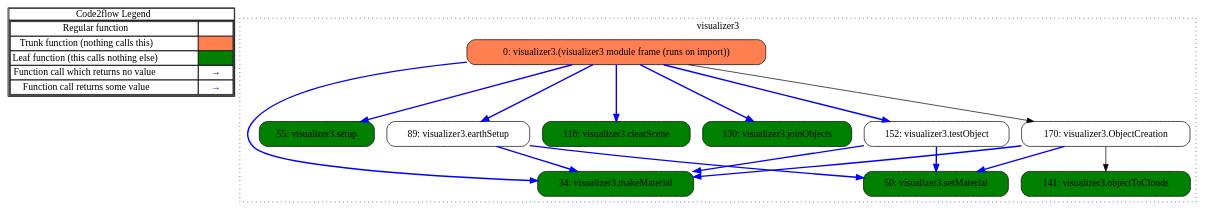
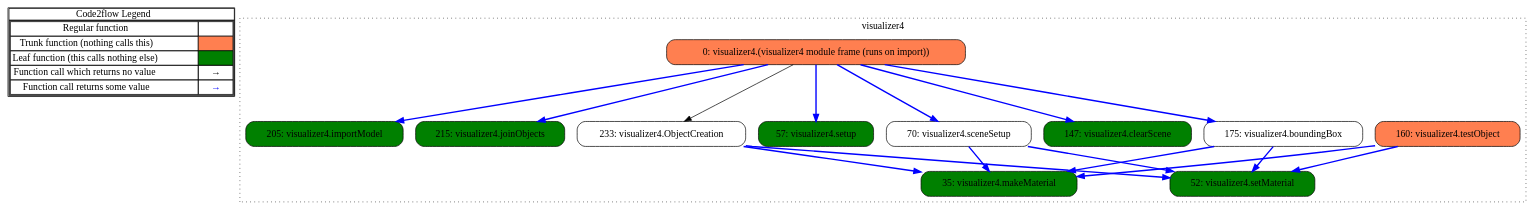
Before and after one commit to JohnPhamous/JPL2016: the diagram in out.gv, drawn with Graphviz. The commit also changed 2 other files, not shown here.

```diff
--- a/out.gv
+++ b/out.gv
@@ -1,46 +1,48 @@
 digraph G {
 concentrate = true;
 			subgraph legend{
 			rank = min;
 			label = "legend";
 			Legend [shape=none, margin=0, label = <
 				<table cellspacing="0" cellpadding="0" border="1"><tr><td>Code2flow Legend</td></tr><tr><td>
 				<table cellspacing="0">
 				<tr><td>Regular function</td><td width="50px"></td></tr>
 				<tr><td>Trunk function (nothing calls this)</td><td bgcolor='coral'></td></tr>
 				<tr><td>Leaf function (this calls nothing else)</td><td bgcolor='green'></td></tr>
 				<tr><td>Function call which returns no value</td><td>&#8594;</td></tr>
 				<tr><td>Function call returns some value</td><td><font color='blue'>&#8594;</font></td></tr>
 				</table></td></tr></table>
-				>];}node1 [splines=ortho shape = "rect" style = "rounded,filled" fillcolor = "green" label = "34: visualizer3.makeMaterial" ];
-node2 [splines=ortho shape = "rect" style = "rounded,filled" fillcolor = "green" label = "50: visualizer3.setMaterial" ];
-node3 [splines=ortho shape = "rect" style = "rounded,filled" fillcolor = "green" label = "55: visualizer3.setup" ];
-node4 [splines=ortho shape = "rect" style = "rounded" label = "89: visualizer3.earthSetup" ];
-node5 [splines=ortho shape = "rect" style = "rounded,filled" fillcolor = "green" label = "116: visualizer3.clearScene" ];
-node7 [splines=ortho shape = "rect" style = "rounded,filled" fillcolor = "green" label = "130: visualizer3.joinObjects" ];
-node8 [splines=ortho shape = "rect" style = "rounded,filled" fillcolor = "green" label = "141: visualizer3.objectToClouds" ];
-node10 [splines=ortho shape = "rect" style = "rounded" label = "152: visualizer3.testObject" ];
-node11 [splines=ortho shape = "rect" style = "rounded" label = "170: visualizer3.ObjectCreation" ];
-node12 [splines=ortho shape = "rect" style = "rounded,filled" fillcolor = "coral" label = "0: visualizer3.(visualizer3 module frame (runs on import))" ];
+				>];}node1 [splines=ortho shape = "rect" style = "rounded,filled" fillcolor = "green" label = "35: visualizer4.makeMaterial" ];
+node2 [splines=ortho shape = "rect" style = "rounded,filled" fillcolor = "green" label = "52: visualizer4.setMaterial" ];
+node3 [splines=ortho shape = "rect" style = "rounded,filled" fillcolor = "green" label = "57: visualizer4.setup" ];
+node4 [splines=ortho shape = "rect" style = "rounded" label = "70: visualizer4.sceneSetup" ];
+node5 [splines=ortho shape = "rect" style = "rounded,filled" fillcolor = "green" label = "147: visualizer4.clearScene" ];
+node7 [splines=ortho shape = "rect" style = "rounded,filled" fillcolor = "coral" label = "160: visualizer4.testObject" ];
+node8 [splines=ortho shape = "rect" style = "rounded" label = "175: visualizer4.boundingBox" ];
+node9 [splines=ortho shape = "rect" style = "rounded,filled" fillcolor = "green" label = "205: visualizer4.importModel" ];
+node10 [splines=ortho shape = "rect" style = "rounded,filled" fillcolor = "green" label = "215: visualizer4.joinObjects" ];
+node12 [splines=ortho shape = "rect" style = "rounded" label = "233: visualizer4.ObjectCreation" ];
+node13 [splines=ortho shape = "rect" style = "rounded,filled" fillcolor = "coral" label = "0: visualizer4.(visualizer4 module frame (runs on import))" ];
 node4 -> node1 [color="blue" penwidth="2"];
 node4 -> node2 [color="blue" penwidth="2"];
-node10 -> node1 [color="blue" penwidth="2"];
-node10 -> node2 [color="blue" penwidth="2"];
-node11 -> node1 [color="blue" penwidth="2"];
-node11 -> node2 [color="blue" penwidth="2"];
-node11 -> node8;
+node7 -> node1 [color="blue" penwidth="2"];
+node7 -> node2 [color="blue" penwidth="2"];
+node8 -> node1 [color="blue" penwidth="2"];
+node8 -> node2 [color="blue" penwidth="2"];
 node12 -> node1 [color="blue" penwidth="2"];
-node12 -> node3 [color="blue" penwidth="2"];
-node12 -> node4 [color="blue" penwidth="2"];
-node12 -> node5 [color="blue" penwidth="2"];
-node12 -> node7 [color="blue" penwidth="2"];
-node12 -> node10 [color="blue" penwidth="2"];
-node12 -> node11;
-subgraph clustervisualizer30{
-node1 node2 node3 node4 node5 node7 node8 node10 node11 node12 ;
-label="visualizer3";
+node12 -> node2 [color="blue" penwidth="2"];
+node13 -> node3 [color="blue" penwidth="2"];
+node13 -> node4 [color="blue" penwidth="2"];
+node13 -> node5 [color="blue" penwidth="2"];
+node13 -> node8 [color="blue" penwidth="2"];
+node13 -> node9 [color="blue" penwidth="2"];
+node13 -> node10 [color="blue" penwidth="2"];
+node13 -> node12;
+subgraph clustervisualizer40{
+node1 node2 node3 node4 node5 node7 node8 node9 node10 node12 node13 ;
+label="visualizer4";
 style=filled;
 color=black;
 graph[style=dotted];
 };
 }
```
